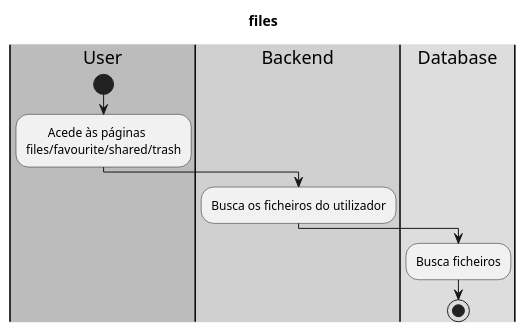
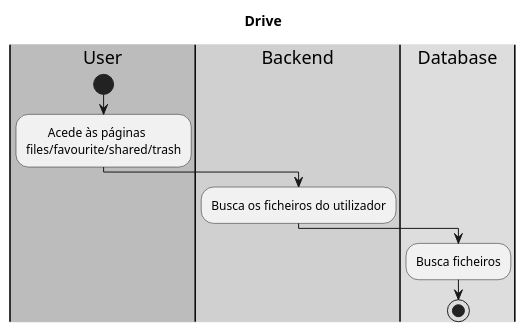
One commit to ricardofalcao/My-Cloud changed the diagram in docs/activity-diagrams/files-drive.puml. Above: the diagram before and after it, drawn with PlantUML. The commit also changed 4 other files, not shown here.

Commit message:
Changes to activity diagrams

```diff
--- a/docs/activity-diagrams/files-drive.puml
+++ b/docs/activity-diagrams/files-drive.puml
@@ -1,21 +1,21 @@
 @startuml
 
 skinparam Monochrome true
 
-title files
+title Drive
 
 |#bcbcbc|User|
 |#d0d0d0|Backend|
 |#dddddd|Database|
 
 |User|
 start
     :       Acede às páginas \nfiles/favourite/shared/trash;
     |Backend|
     :Busca os ficheiros do utilizador;
     |Database|
     :Busca ficheiros;
 stop
 
 
 @enduml
```
